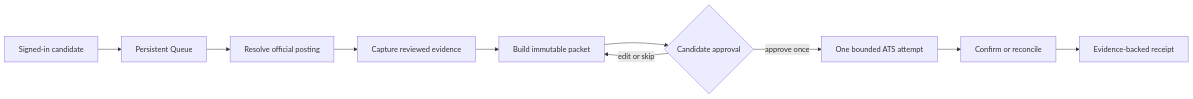
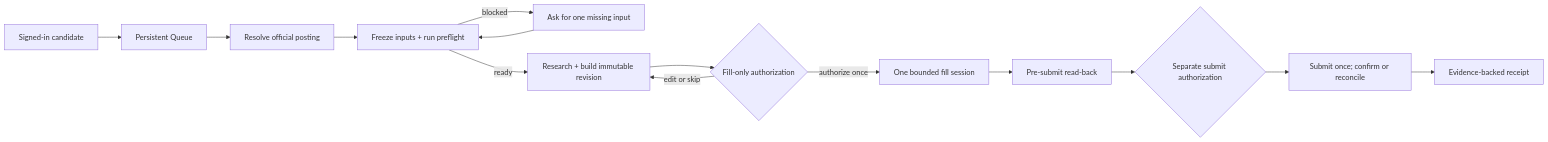
Before and after one commit to zackrichland/roledawn: the diagram in README.md, drawn with Mermaid. The commit also changed other lines of this file and 589 other files, not shown here.

````diff
--- a/README.md
+++ b/README.md
@@ -95,12 +288,16 @@
 ```mermaid
 flowchart LR
     U["Signed-in candidate"] --> Q["Persistent Queue"]
     Q --> J["Resolve official posting"]
-    J --> E["Capture reviewed evidence"]
-    E --> P["Build immutable packet"]
-    P --> A{"Candidate approval"}
+    J --> F["Freeze inputs + run preflight"]
+    F -->|"blocked"| N["Ask for one missing input"]
+    N --> F
+    F -->|"ready"| P["Research + build immutable revision"]
+    P --> A{"Fill-only authorization"}
     A -->|"edit or skip"| P
-    A -->|"approve once"| X["One bounded ATS attempt"]
-    X --> R["Confirm or reconcile"]
+    A -->|"authorize once"| X["One bounded fill session"]
+    X --> V["Pre-submit read-back"]
+    V --> S{"Separate submit authorization"}
+    S --> R["Submit once; confirm or reconcile"]
     R --> O["Evidence-backed receipt"]
 ```
````
